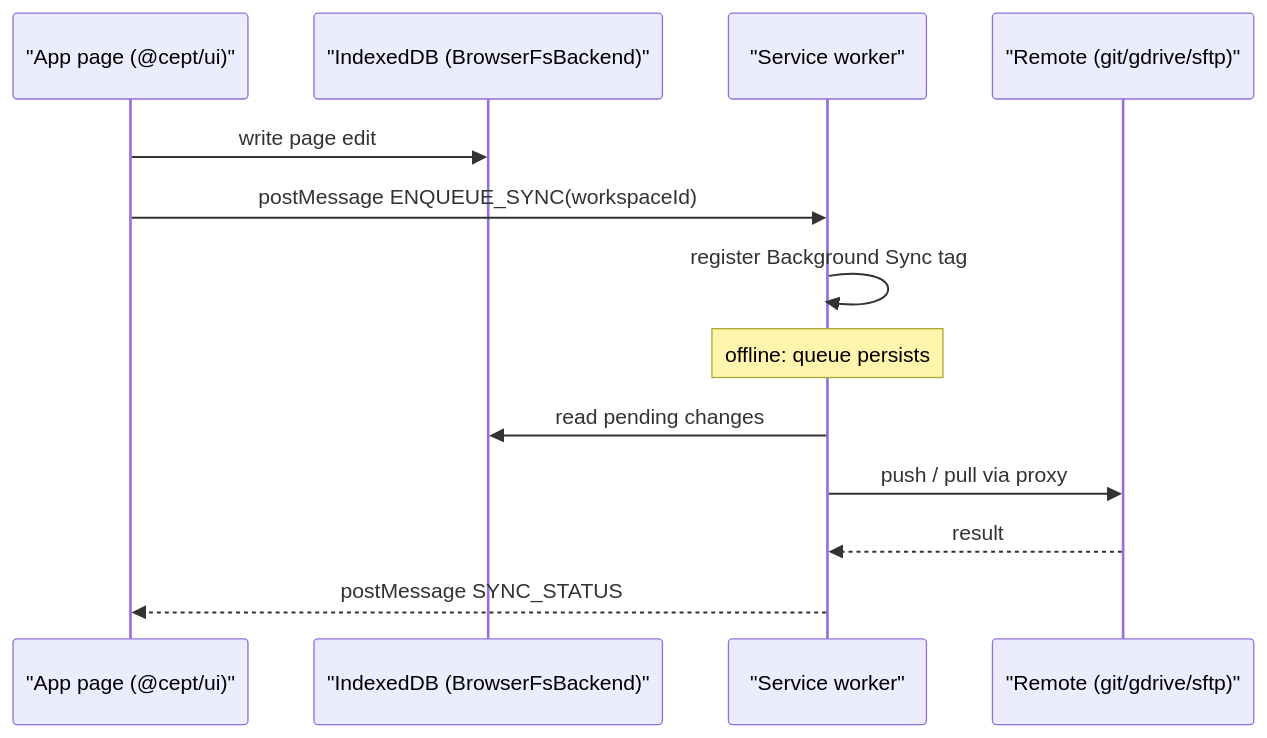
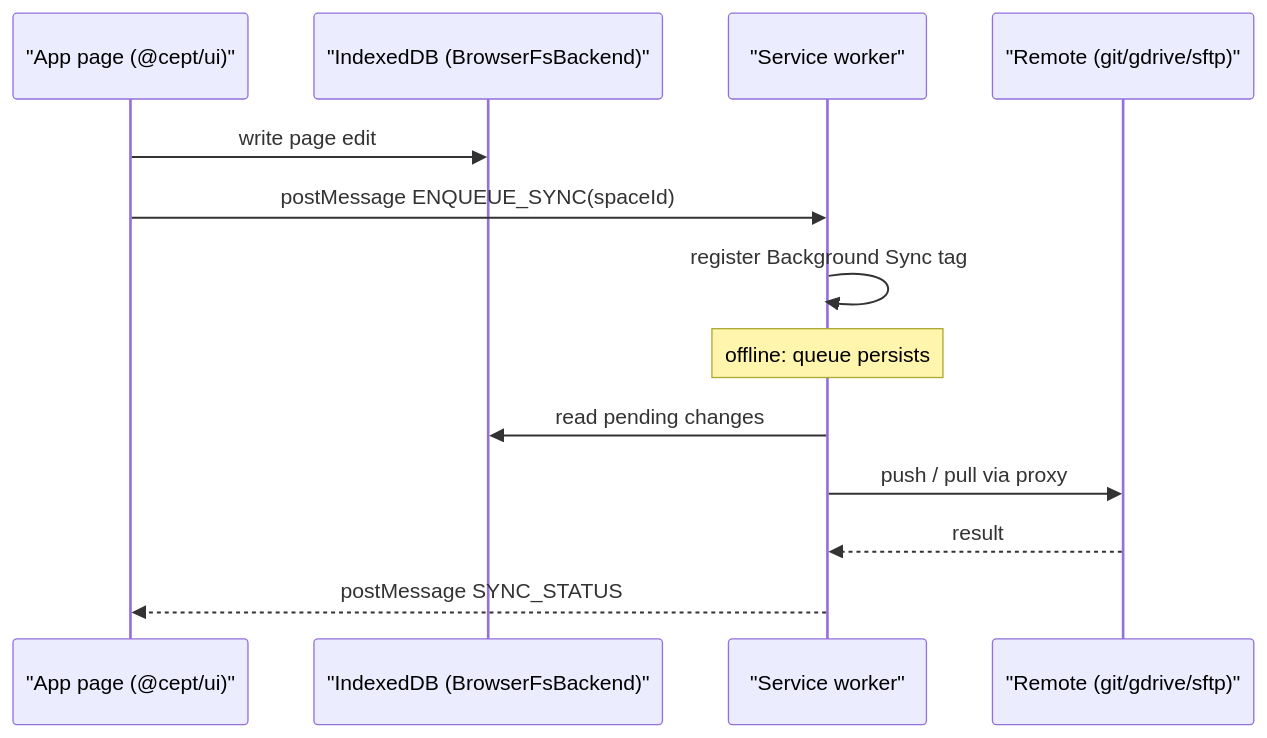
The third of 3 diagrams in docs/specs/requirements/01-browser-app-and-pwa.md (nsheaps/cept), drawn with Mermaid before and after one commit. The commit also changed other lines of this file and 12 other files, not shown here.

````diff
--- a/docs/specs/requirements/01-browser-app-and-pwa.md
+++ b/docs/specs/requirements/01-browser-app-and-pwa.md
@@ -136,15 +136,15 @@
 ```mermaid
 sequenceDiagram
   participant Page as "App page (@cept/ui)"
   participant IDB as "IndexedDB (BrowserFsBackend)"
   participant SW as "Service worker"
   participant Remote as "Remote (git/gdrive/sftp)"
   Page->>IDB: write page edit
-  Page->>SW: postMessage ENQUEUE_SYNC(workspaceId)
+  Page->>SW: postMessage ENQUEUE_SYNC(spaceId)
   SW->>SW: register Background Sync tag
   Note over SW: offline: queue persists
   SW->>IDB: read pending changes
   SW->>Remote: push / pull via proxy
   Remote-->>SW: result
   SW-->>Page: postMessage SYNC_STATUS
 ```
````
